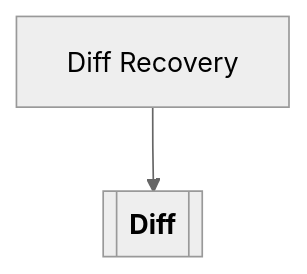
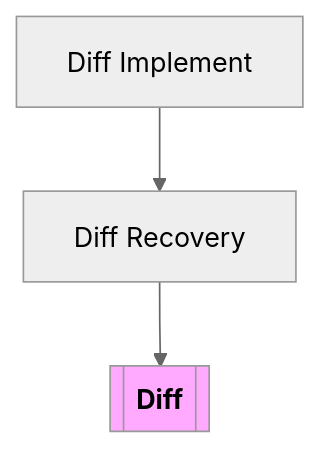
The second of 6 diagrams in notes/plan.md (clintwebb/bakker), drawn with Mermaid (neutral theme) before and after one commit. The commit also changed other lines of this file, not shown here.

````diff
--- a/notes/plan.md
+++ b/notes/plan.md
@@ -40,11 +40,13 @@
 ```mermaid
 flowchart TD;
     %% To mark an item as completed (green)
     %% style EXAMPLE fill:#afa
 
     %% To provide a link
     %% A[<a href='https://google.com'>works</a>]
 
-    FEAT_DIFF_RECOVER[Diff Recovery] --> TARG_DIFF
-    TARG_DIFF[["`**Diff**`"]]
+    FEAT_DIFF[Diff Implement] -->
+    FEAT_DIFF_RECOVER[Diff Recovery] -->
+    TARGET[["`**Diff**`"]]
+    style TARGET fill:#faf
 ```
````
